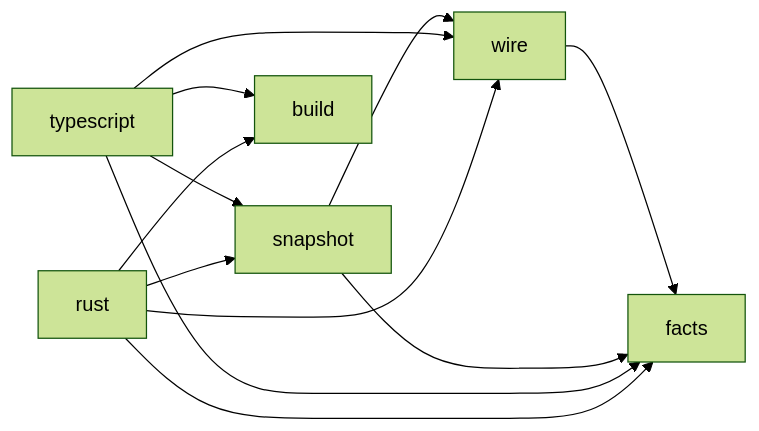
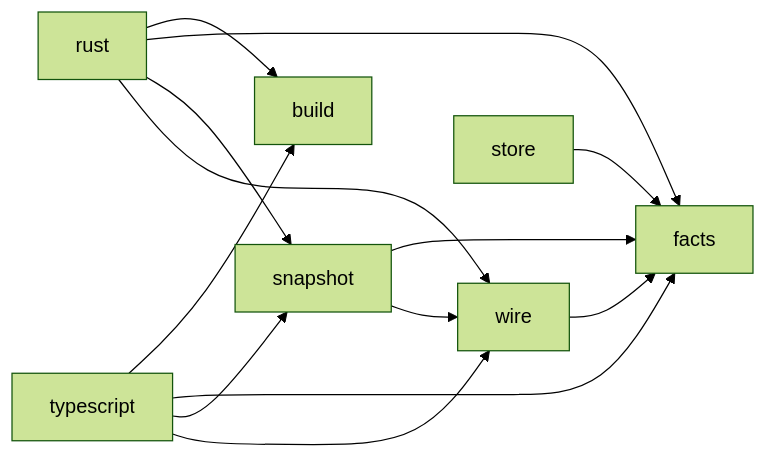
Before and after one commit to rapiddweller/archkeel: the diagram in docs/architecture/native.md, drawn with Mermaid (forest theme). The commit also changed 71 other files, not shown here.

````diff
--- a/docs/architecture/native.md
+++ b/docs/architecture/native.md
@@ -23,14 +23,15 @@
 ```mermaid
 flowchart LR
+    rust --> build
+    rust --> facts
+    rust --> snapshot
+    rust --> wire
+    snapshot --> facts
+    snapshot --> wire
+    store --> facts
+    typescript --> build
+    typescript --> facts
+    typescript --> snapshot
+    typescript --> wire
     wire --> facts
-    snapshot --> wire
-    snapshot --> facts
-    typescript --> wire
-    typescript --> snapshot
-    typescript --> facts
-    typescript --> build
-    rust --> wire
-    rust --> snapshot
-    rust --> facts
-    rust --> build
 ```
````
